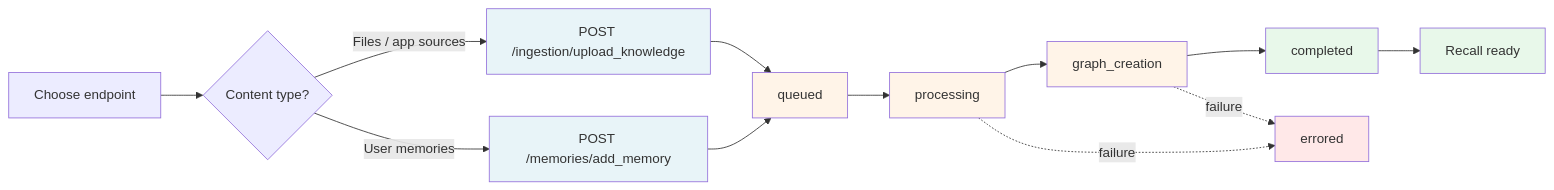
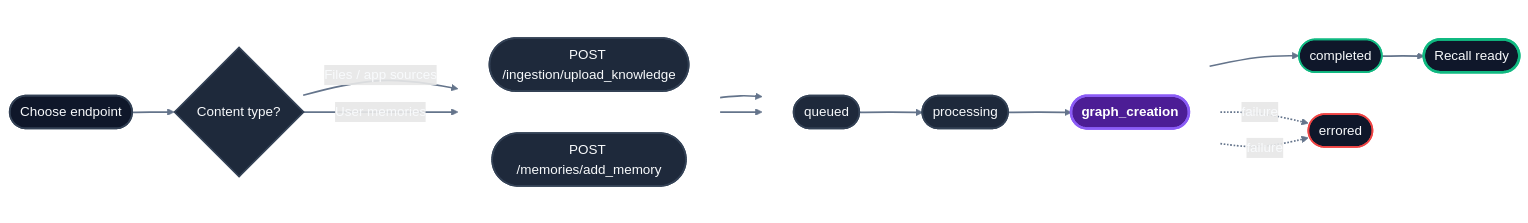
One commit to donendosted/mintlify-docs changed the diagram in api-reference/endpoint/ingestion-overview.mdx. Above: the diagram before and after it, drawn with Mermaid. The commit also changed 5 other files, not shown here.

````diff
--- a/api-reference/endpoint/ingestion-overview.mdx
+++ b/api-reference/endpoint/ingestion-overview.mdx
@@ -8,23 +8,52 @@
 ```mermaid
 flowchart LR
-    A[Choose endpoint] --> B{Content type?}
-    B -- Files / app sources --> UK[POST /ingestion/upload_knowledge]
-    B -- User memories --> AM[POST /memories/add_memory]
-    UK --> Q[queued]
+    A([Choose endpoint]) --> B{Content type?}
+    
+    subgraph Ingestion [" "]
+      direction LR
+      UK([POST /ingestion/upload_knowledge])
+      AM([POST /memories/add_memory])
+    end
+
+    B -- Files / app sources --> UK
+    B -- User memories --> AM
+    
+    UK --> Q([queued])
     AM --> Q
-    Q --> P[processing]
-    P --> G[graph_creation]
-    G --> C[completed]
-    P -.failure.-> E[errored]
-    G -.failure.-> E
-    C --> R[Recall ready]
+    
+    subgraph Pipeline [" "]
+      direction LR
+      Q --> P([processing])
+      P --> G([graph_creation])
+    end
 
-    style UK fill:#e8f4f8
-    style AM fill:#e8f4f8
-    style Q fill:#fff4e8
-    style P fill:#fff4e8
-    style G fill:#fff4e8
-    style C fill:#e8f8ea
-    style E fill:#ffe8e8
-    style R fill:#e8f8ea
+    G --> C([completed])
+    
+    P -. failure .-> E([errored])
+    G -. failure .-> E
+    
+    C --> R([Recall ready])
+
+    %% Global Link Styling
+    linkStyle default stroke:#64748b,stroke-width:2px,color:#f8fafc
+
+    %% Standard Node Styling (Deep Slate)
+    style A fill:#0f172a,stroke:#334155,stroke-width:2px,color:#f8fafc
+    style B fill:#1e293b,stroke:#334155,stroke-width:2px,color:#f8fafc
+    style UK fill:#1e293b,stroke:#334155,stroke-width:2px,color:#f8fafc
+    style AM fill:#1e293b,stroke:#334155,stroke-width:2px,color:#f8fafc
+    style Q fill:#1e293b,stroke:#334155,stroke-width:2px,color:#f8fafc
+    style P fill:#1e293b,stroke:#334155,stroke-width:2px,color:#f8fafc
+    
+    %% Hydra Purple Accent (Core Innovation)
+    style G fill:#4c1d95,stroke:#8b5cf6,stroke-width:3px,color:#ffffff,font-weight:bold
+    
+    %% Status Highlights
+    style C fill:#0f172a,stroke:#10b981,stroke-width:2px,color:#f8fafc
+    style R fill:#0f172a,stroke:#10b981,stroke-width:3px,color:#f8fafc
+    style E fill:#0f172a,stroke:#ef4444,stroke-width:2px,color:#f8fafc
+
+    %% Subgraph Transparency
+    style Ingestion fill:none,stroke:none
+    style Pipeline fill:none,stroke:none
 ```
````
